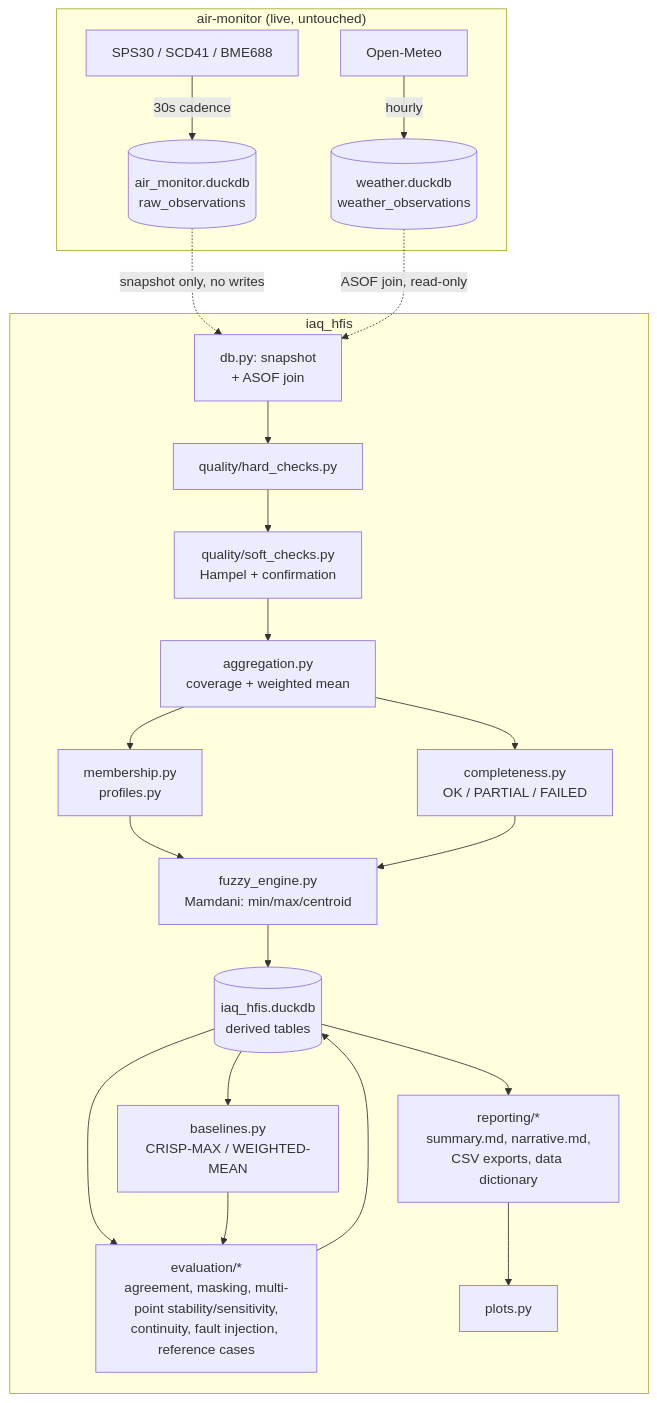
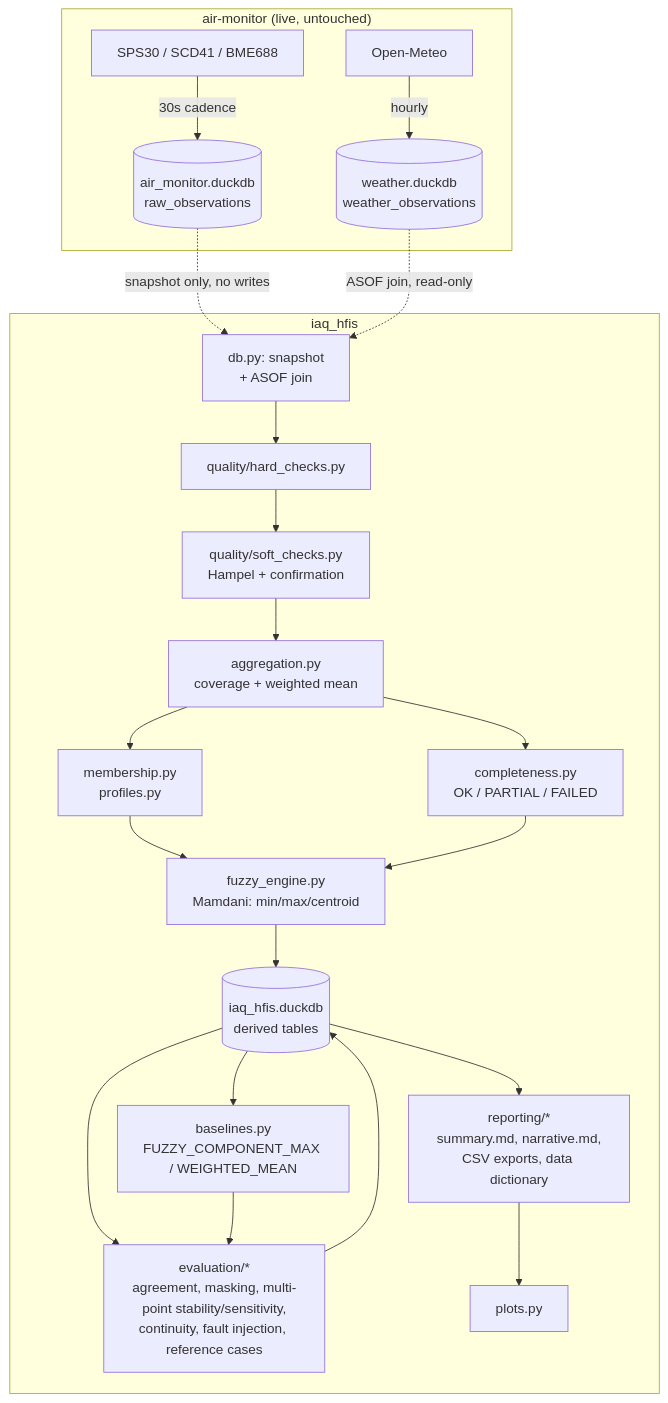
Before and after one commit to ivanborodii/air-index: the diagram in README.md, drawn with Mermaid. The commit also changed other lines of this file and 190 other files, not shown here.

````diff
--- a/README.md
+++ b/README.md
@@ -94,27 +94,27 @@
 ```mermaid
 flowchart TD
     subgraph live["air-monitor (live, untouched)"]
         sensors[SPS30 / SCD41 / BME688] -->|30s cadence| raw[(air_monitor.duckdb<br/>raw_observations)]
         weather[Open-Meteo] -->|hourly| wx[(weather.duckdb<br/>weather_observations)]
     end
 
     subgraph iaqhfis["iaq_hfis"]
         snap[db.py: snapshot<br/>+ ASOF join] --> hard[quality/hard_checks.py]
         hard --> soft[quality/soft_checks.py<br/>Hampel + confirmation]
         soft --> agg[aggregation.py<br/>coverage + weighted mean]
         agg --> comp[completeness.py<br/>OK / PARTIAL / FAILED]
         agg --> mem[membership.py<br/>profiles.py]
         mem --> engine[fuzzy_engine.py<br/>Mamdani: min/max/centroid]
         comp --> engine
         engine --> write[(iaq_hfis.duckdb<br/>derived tables)]
-        write --> base[baselines.py<br/>CRISP-MAX / WEIGHTED-MEAN]
+        write --> base[baselines.py<br/>FUZZY_COMPONENT_MAX / WEIGHTED_MEAN]
         write --> eval[evaluation/*<br/>agreement, masking, multi-point stability/sensitivity,<br/>continuity, fault injection, reference cases]
         base --> eval
         eval --> write
         write --> report[reporting/*<br/>summary.md, narrative.md,<br/>CSV exports, data dictionary]
         report --> plots[plots.py]
     end
 
     raw -.snapshot only, no writes.-> snap
     wx -.ASOF join, read-only.-> snap
 ```
````
